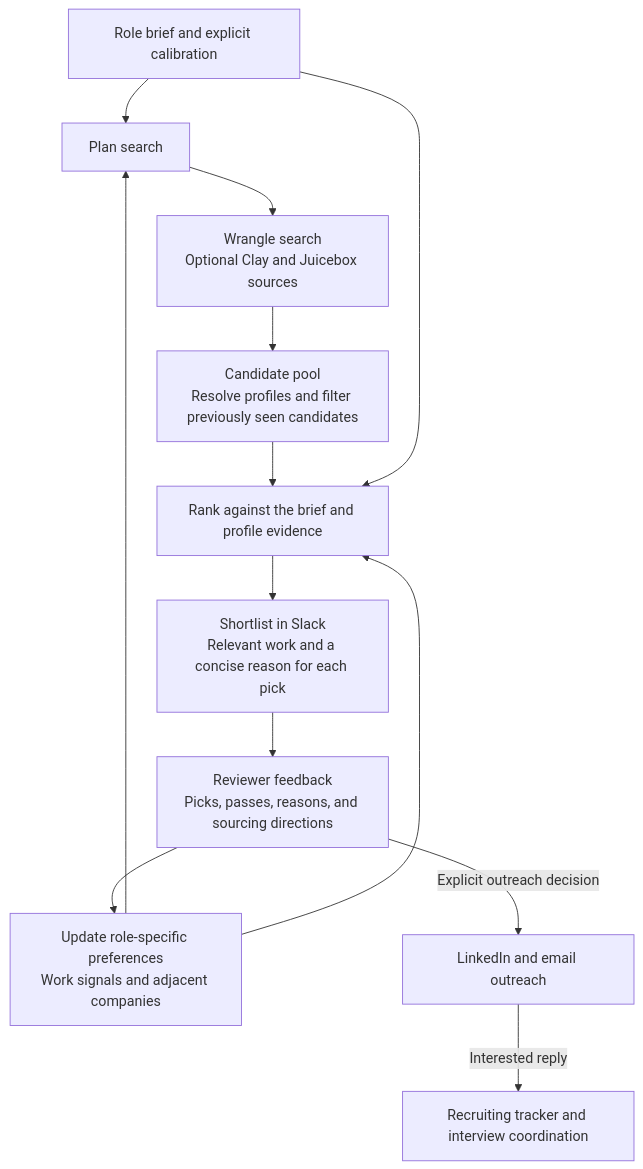
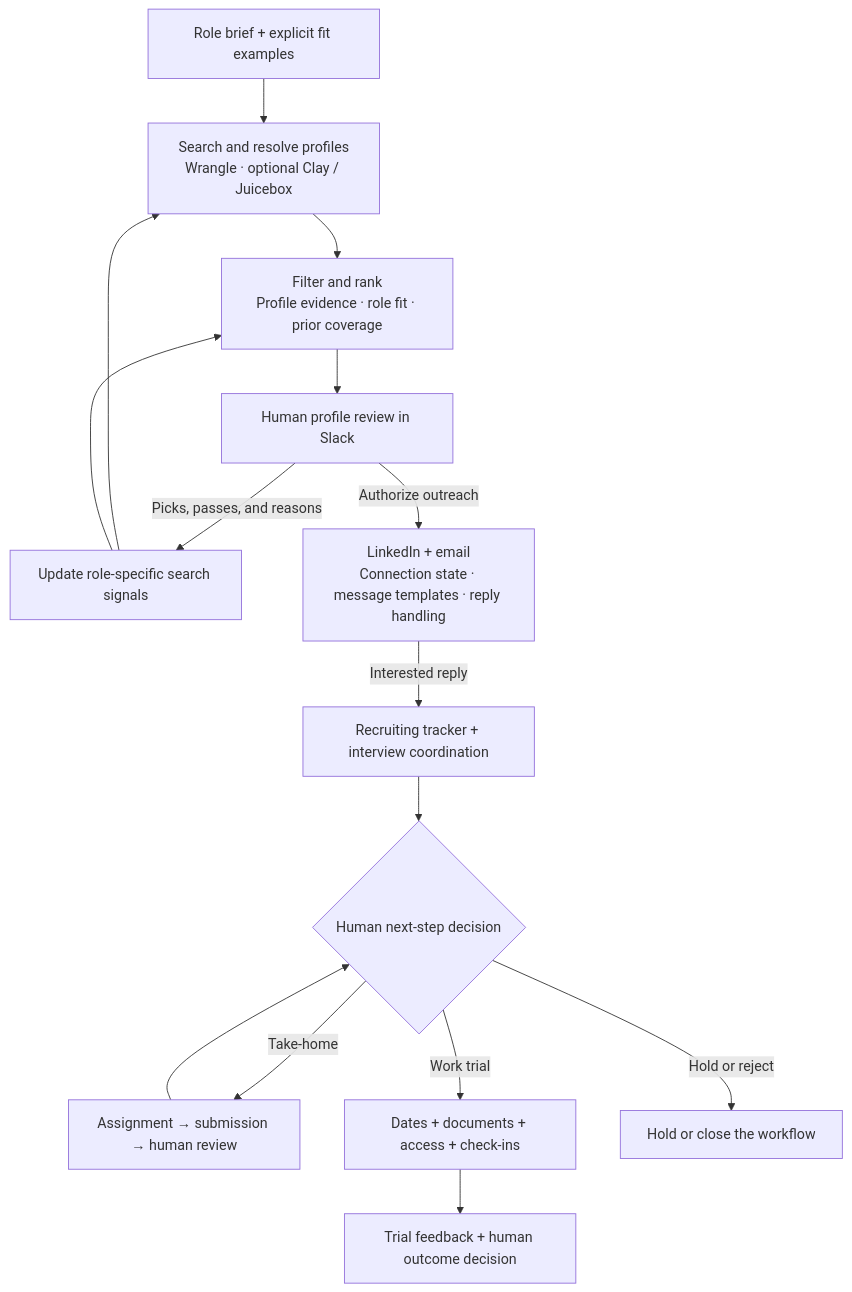
One commit to mbosborn/uncle-sam changed the first of 2 diagrams in README.md. Above: the diagram before and after it, drawn with Mermaid. The commit also changed other lines of this file, not shown here.

Commit message:
Restructure README around recruiting flow and engineering design

````diff
--- a/README.md
+++ b/README.md
@@ -28,15 +19,17 @@
 ```mermaid
 flowchart TD
-  B["Role brief and explicit calibration"] --> Q["Plan search"]
-  F["Reviewer feedback<br/>Picks, passes, reasons, and sourcing directions"] --> L["Update role-specific preferences<br/>Work signals and adjacent companies"]
-  L --> Q
-  Q --> W["Wrangle search<br/>Optional Clay and Juicebox sources"]
-  W --> P["Candidate pool<br/>Resolve profiles and filter previously seen candidates"]
-  P --> R["Rank against the brief and profile evidence"]
-  B --> R
+  B["Role brief + explicit fit examples"] --> S["Search and resolve profiles<br/>Wrangle · optional Clay / Juicebox"]
+  S --> R["Filter and rank<br/>Profile evidence · role fit · prior coverage"]
+  R --> H["Human profile review in Slack"]
+  H -->|Picks, passes, and reasons| L["Update role-specific search signals"]
+  L --> S
   L --> R
-  R --> S["Shortlist in Slack<br/>Relevant work and a concise reason for each pick"]
-  S --> F
-  F -->|Explicit outreach decision| O["LinkedIn and email outreach"]
-  O -->|Interested reply| T["Recruiting tracker and interview coordination"]
+  H -->|Authorize outreach| O["LinkedIn + email<br/>Connection state · message templates · reply handling"]
+  O -->|Interested reply| I["Recruiting tracker + interview coordination"]
+  I --> D{"Human next-step decision"}
+  D -->|Take-home| T["Assignment → submission → human review"]
+  T --> D
+  D -->|Work trial| W["Dates + documents + access + check-ins"]
+  D -->|Hold or reject| C["Hold or close the workflow"]
+  W --> F["Trial feedback + human outcome decision"]
 ```
````
